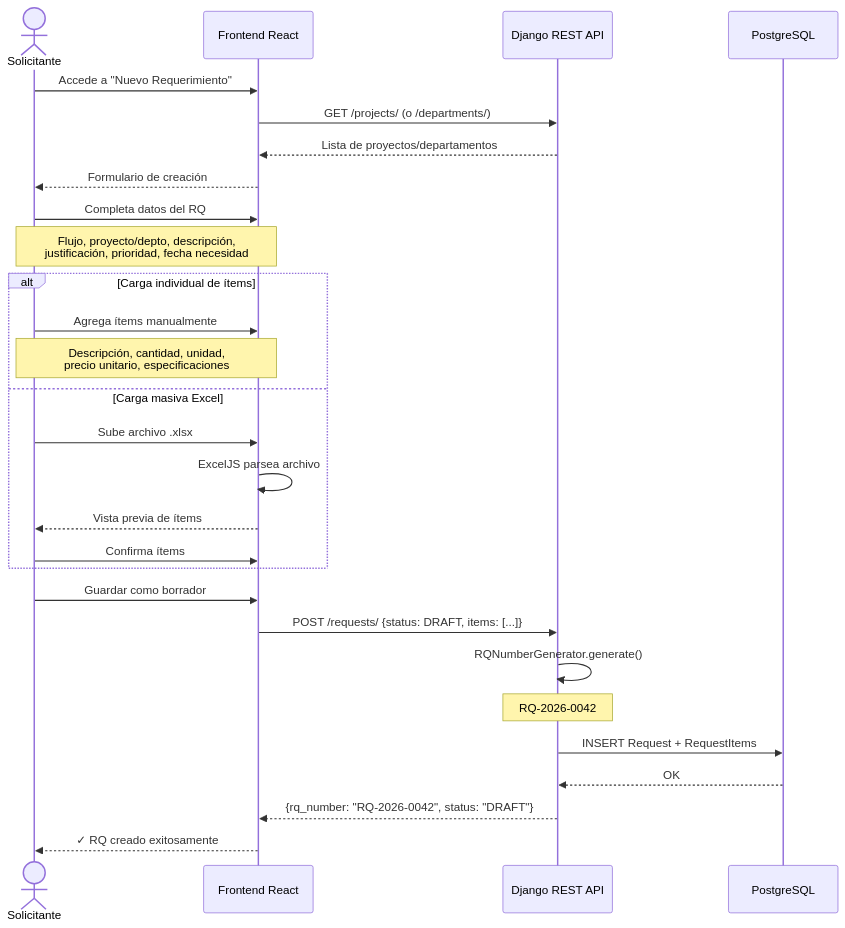
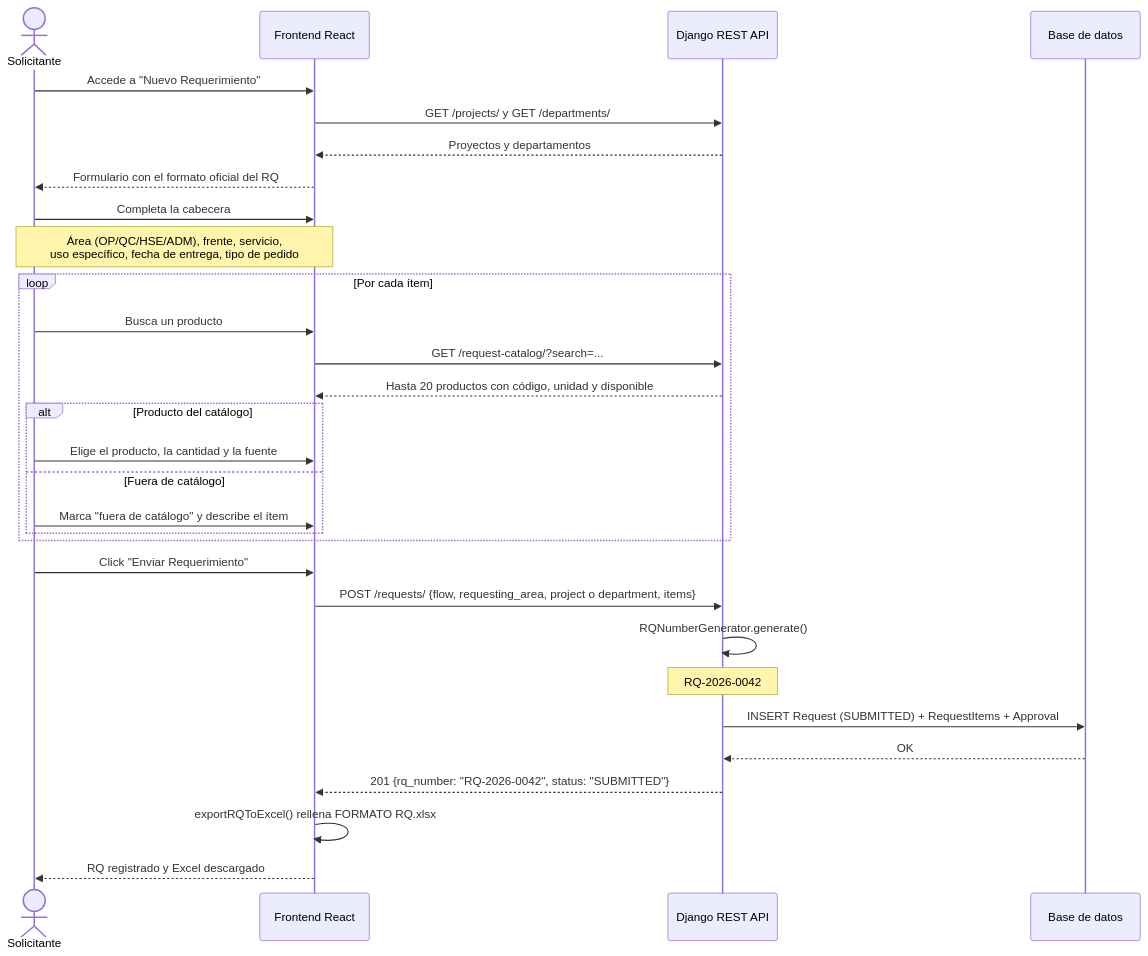
The third of 25 diagrams in docs/01_Casos_de_Uso.md (pccpegit/SYSPCCLOG), drawn with Mermaid before and after one commit. The commit also changed other lines of this file and 42 other files, not shown here.

First line of the commit message:
docs: poner la documentación al día con el código

````diff
--- a/docs/01_Casos_de_Uso.md
+++ b/docs/01_Casos_de_Uso.md
@@ -166,34 +235,36 @@
 ```mermaid
 sequenceDiagram
     actor REQ as Solicitante
     participant UI as Frontend React
     participant API as Django REST API
-    participant DB as PostgreSQL
+    participant DB as Base de datos
 
     REQ->>UI: Accede a "Nuevo Requerimiento"
-    UI->>API: GET /projects/ (o /departments/)
-    API-->>UI: Lista de proyectos/departamentos
-    UI-->>REQ: Formulario de creación
+    UI->>API: GET /projects/ y GET /departments/
+    API-->>UI: Proyectos y departamentos
+    UI-->>REQ: Formulario con el formato oficial del RQ
 
-    REQ->>UI: Completa datos del RQ
-    Note over REQ,UI: Flujo, proyecto/depto, descripción,<br/>justificación, prioridad, fecha necesidad
+    REQ->>UI: Completa la cabecera
+    Note over REQ,UI: Área (OP/QC/HSE/ADM), frente, servicio,<br/>uso específico, fecha de entrega, tipo de pedido
 
-    alt Carga individual de ítems
-        REQ->>UI: Agrega ítems manualmente
-        Note over REQ,UI: Descripción, cantidad, unidad,<br/>precio unitario, especificaciones
-    else Carga masiva Excel
-        REQ->>UI: Sube archivo .xlsx
-        UI->>UI: ExcelJS parsea archivo
-        UI-->>REQ: Vista previa de ítems
-        REQ->>UI: Confirma ítems
+    loop Por cada ítem
+        REQ->>UI: Busca un producto
+        UI->>API: GET /request-catalog/?search=...
+        API-->>UI: Hasta 20 productos con código, unidad y disponible
+        alt Producto del catálogo
+            REQ->>UI: Elige el producto, la cantidad y la fuente
+        else Fuera de catálogo
+            REQ->>UI: Marca "fuera de catálogo" y describe el ítem
+        end
     end
 
-    REQ->>UI: Guardar como borrador
-    UI->>API: POST /requests/ {status: DRAFT, items: [...]}
+    REQ->>UI: Click "Enviar Requerimiento"
+    UI->>API: POST /requests/ {flow, requesting_area, project o department, items}
     API->>API: RQNumberGenerator.generate()
     Note over API: RQ-2026-0042
-    API->>DB: INSERT Request + RequestItems
+    API->>DB: INSERT Request (SUBMITTED) + RequestItems + Approval
     DB-->>API: OK
-    API-->>UI: {rq_number: "RQ-2026-0042", status: "DRAFT"}
-    UI-->>REQ: ✓ RQ creado exitosamente
+    API-->>UI: 201 {rq_number: "RQ-2026-0042", status: "SUBMITTED"}
+    UI->>UI: exportRQToExcel() rellena FORMATO RQ.xlsx
+    UI-->>REQ: RQ registrado y Excel descargado
 ```
````
